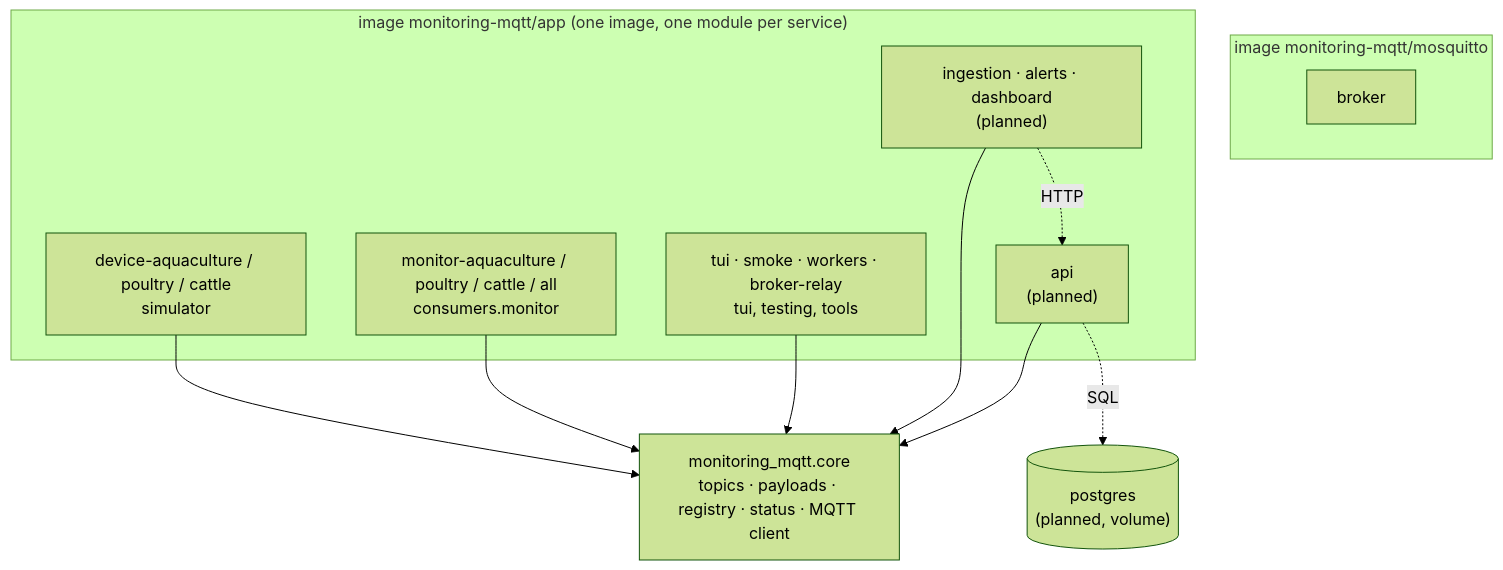
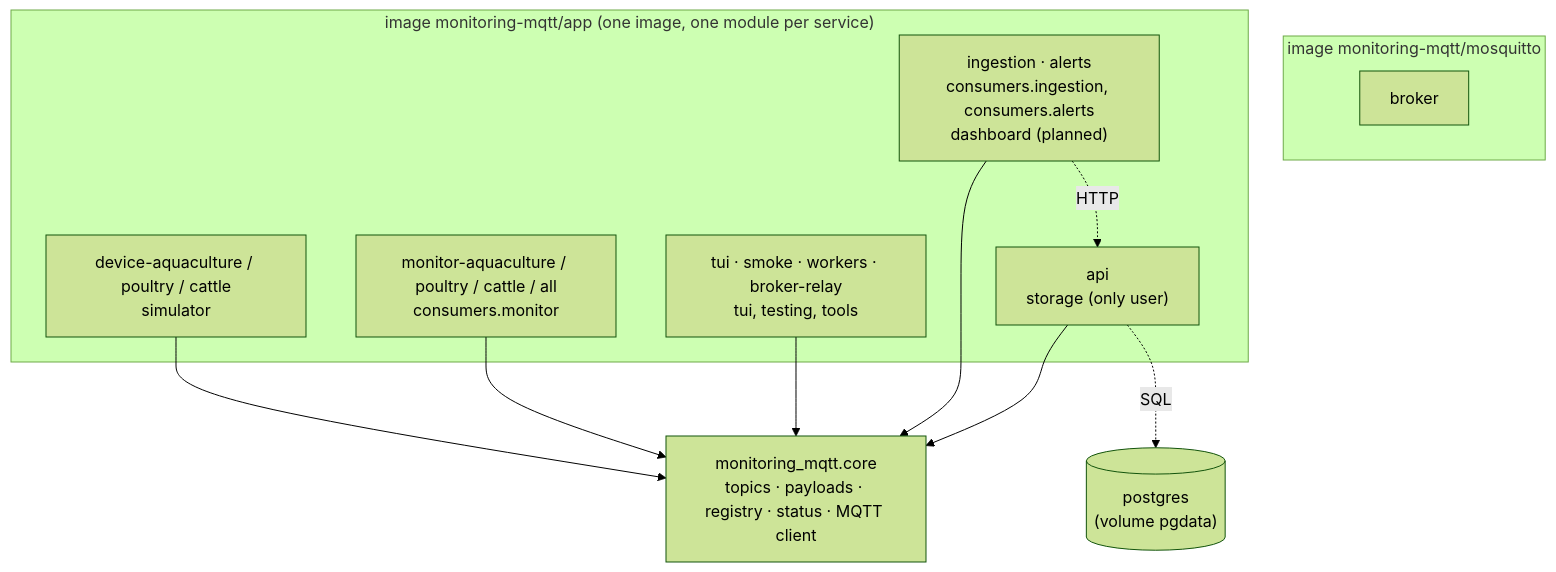
One commit to Mariojamjam/monitoring-mqtt changed the fifth of 5 diagrams in docs/design.md. Above: the diagram before and after it, drawn with Mermaid (forest theme). The commit also changed other lines of this file and 10 other files, not shown here.

Commit message:
docs: document storage, API, alerts and their measured behaviour

````diff
--- a/docs/design.md
+++ b/docs/design.md
@@ -237,22 +239,22 @@
 ```mermaid
 flowchart TB
   subgraph IMG1["image monitoring-mqtt/mosquitto"]
     broker["broker"]
   end
   subgraph IMG2["image monitoring-mqtt/app (one image, one module per service)"]
     dev["device-aquaculture / poultry / cattle<br/>simulator"]
     mon["monitor-aquaculture / poultry / cattle / all<br/>consumers.monitor"]
     tools["tui · smoke · workers · broker-relay<br/>tui, testing, tools"]
-    pl["ingestion · alerts · dashboard<br/>(planned)"]
-    api["api<br/>(planned)"]
+    pl["ingestion · alerts<br/>consumers.ingestion, consumers.alerts<br/>dashboard (planned)"]
+    api["api<br/>storage (only user)"]
   end
-  pg[("postgres<br/>(planned, volume)")]
+  pg[("postgres<br/>(volume pgdata)")]
   core["monitoring_mqtt.core<br/>topics · payloads · registry · status · MQTT client"]
   dev --> core
   mon --> core
   tools --> core
   pl --> core
   api --> core
   pl -. "HTTP" .-> api
   api -. "SQL" .-> pg
 ```
````
